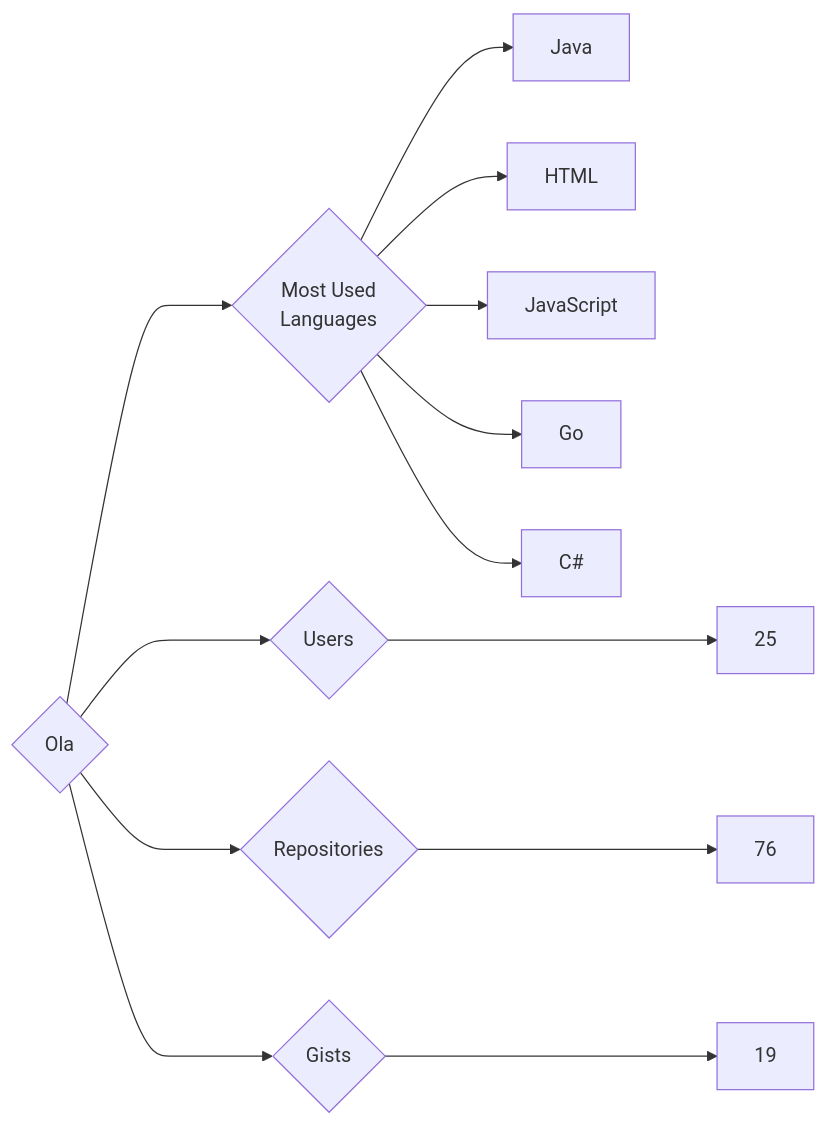
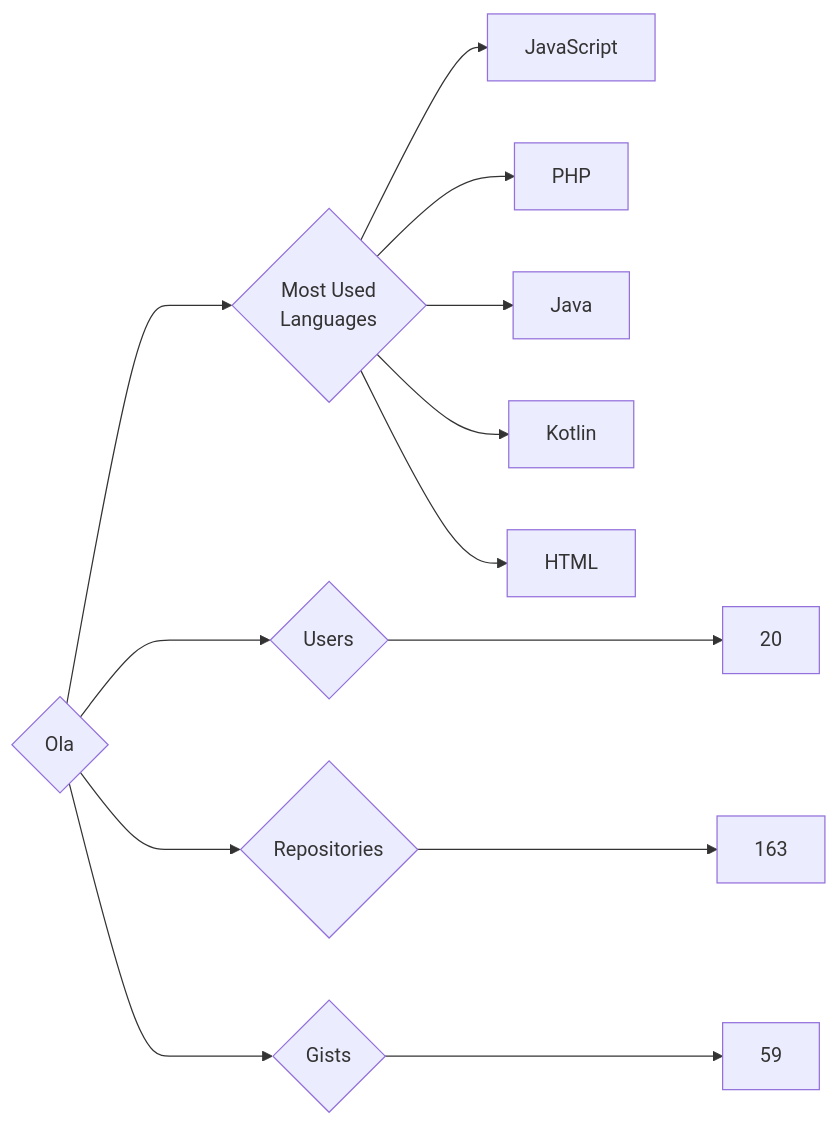
Before and after one commit to trickest/insiders: the diagram in targets/Ola/README.md, drawn with Mermaid. The commit also changed 796 other files, not shown here.

````diff
--- a/targets/Ola/README.md
+++ b/targets/Ola/README.md
@@ -3,13 +3,13 @@
 ```mermaid
 graph LR
 COMPANY_NAME{Ola}
-COMPANY_NAME ---> U{Users} ---> UN[25]
-COMPANY_NAME ---> R{Repositories} ---> RN[76]
-COMPANY_NAME ---> G{Gists} ---> GN[19]
+COMPANY_NAME ---> U{Users} ---> UN[20]
+COMPANY_NAME ---> R{Repositories} ---> RN[163]
+COMPANY_NAME ---> G{Gists} ---> GN[59]
 COMPANY_NAME ---> ML{Most Used<br>Languages}
+ML --> JavaScript[JavaScript]
+ML --> PHP[PHP]
 ML --> Java[Java]
+ML --> Kotlin[Kotlin]
 ML --> HTML[HTML]
-ML --> JavaScript[JavaScript]
-ML --> Go[Go]
-ML --> C#[C#]
 ```
````
